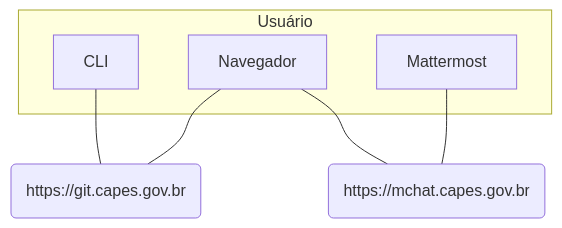
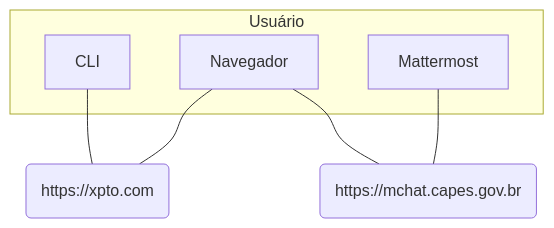
Before and after one commit to CAPES/guia: the diagram in ferramentas/version-control-system/git.md, drawn with Mermaid. The commit also changed other lines of this file and 45 other files, not shown here.

````diff
--- a/ferramentas/version-control-system/git.md
+++ b/ferramentas/version-control-system/git.md
@@ -27,16 +27,16 @@
 ```mermaid
 graph TD
     subgraph "Usuário"
     CLI
     Navegador
     Mattermost
     end
 
-CLI---git(https://git.capes.gov.br)
-Navegador---git(https://git.capes.gov.br)
-click git "https://git.capes.gov.br"
+CLI---git(https://xpto.com)
+Navegador---git(https://xpto.com)
+click git "https://xpto.com"
 
 Mattermost---mchat(https://mchat.capes.gov.br)
 Navegador---mchat(https://mchat.capes.gov.br)
 click mchat "https://mchat.capes.gov.br"
 ```
````
